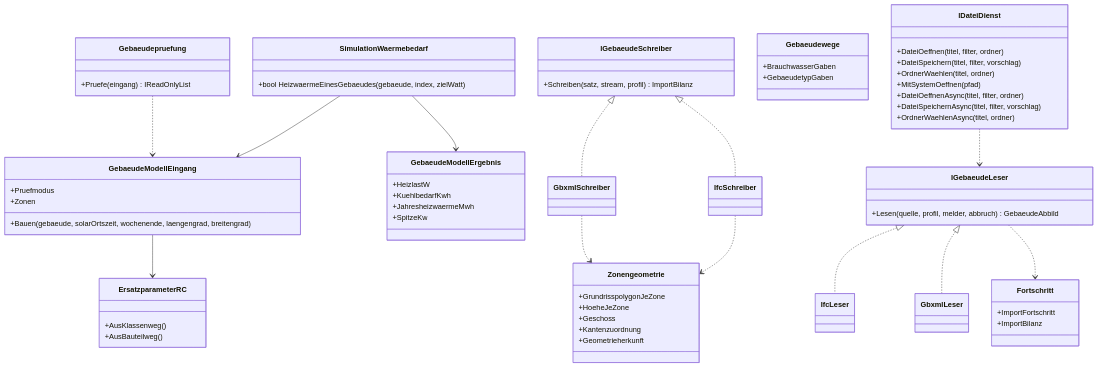
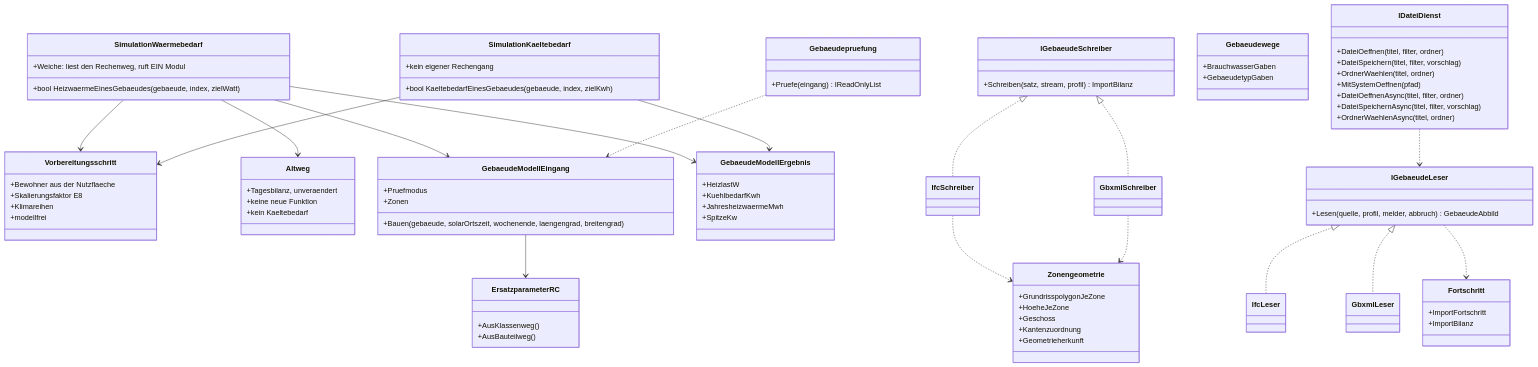
The fifth of 8 diagrams in Dokumentation/aktuell/Systementwurf_Gebaeudesimulation_EPOS-Plan.md (inekon/EPOS-Plan), drawn with Mermaid before and after one commit. The commit also changed other lines of this file and 13 other files, not shown here.

```diff
--- a/Dokumentation/aktuell/Systementwurf_Gebaeudesimulation_EPOS-Plan.md
+++ b/Dokumentation/aktuell/Systementwurf_Gebaeudesimulation_EPOS-Plan.md
@@ -450,6 +513,22 @@
 classDiagram
   class SimulationWaermebedarf {
     +bool HeizwaermeEinesGebaeudes(gebaeude, index, zielWatt)
+    +Weiche: liest den Rechenweg, ruft EIN Modul
+  }
+  class SimulationKaeltebedarf {
+    +bool KaeltebedarfEinesGebaeudes(gebaeude, index, zielKwh)
+    +kein eigener Rechengang
+  }
+  class Vorbereitungsschritt {
+    +Bewohner aus der Nutzflaeche
+    +Skalierungsfaktor E8
+    +Klimareihen
+    +modellfrei
+  }
+  class Altweg {
+    +Tagesbilanz, unveraendert
+    +keine neue Funktion
+    +kein Kaeltebedarf
   }
   class GebaeudeModellEingang {
     +Bauen(gebaeude, solarOrtszeit, wochenende, laengengrad, breitengrad)
@@ -504,9 +583,13 @@
     +ImportBilanz
   }
 
+  SimulationWaermebedarf --> Vorbereitungsschritt
+  SimulationKaeltebedarf --> Vorbereitungsschritt
+  SimulationWaermebedarf --> Altweg
   SimulationWaermebedarf --> GebaeudeModellEingang
   GebaeudeModellEingang --> ErsatzparameterRC
   SimulationWaermebedarf --> GebaeudeModellErgebnis
+  SimulationKaeltebedarf --> GebaeudeModellErgebnis
   Gebaeudepruefung ..> GebaeudeModellEingang
   IGebaeudeLeser <|.. IfcLeser
   IGebaeudeLeser <|.. GbxmlLeser
```
